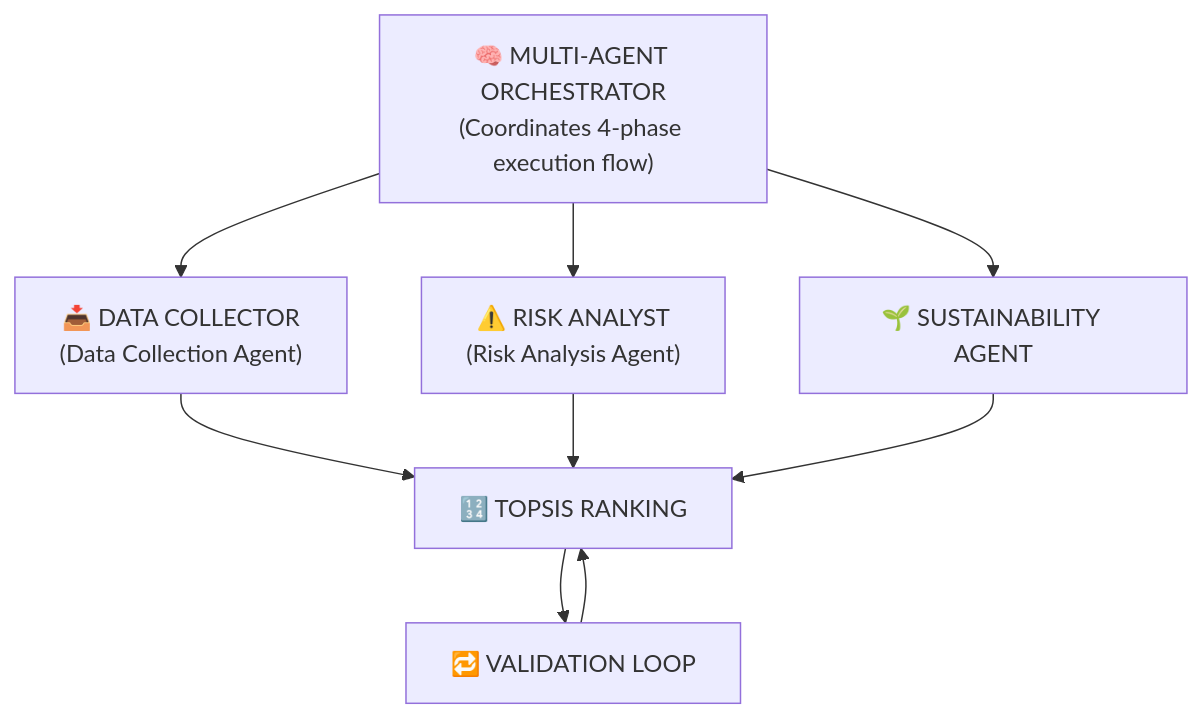
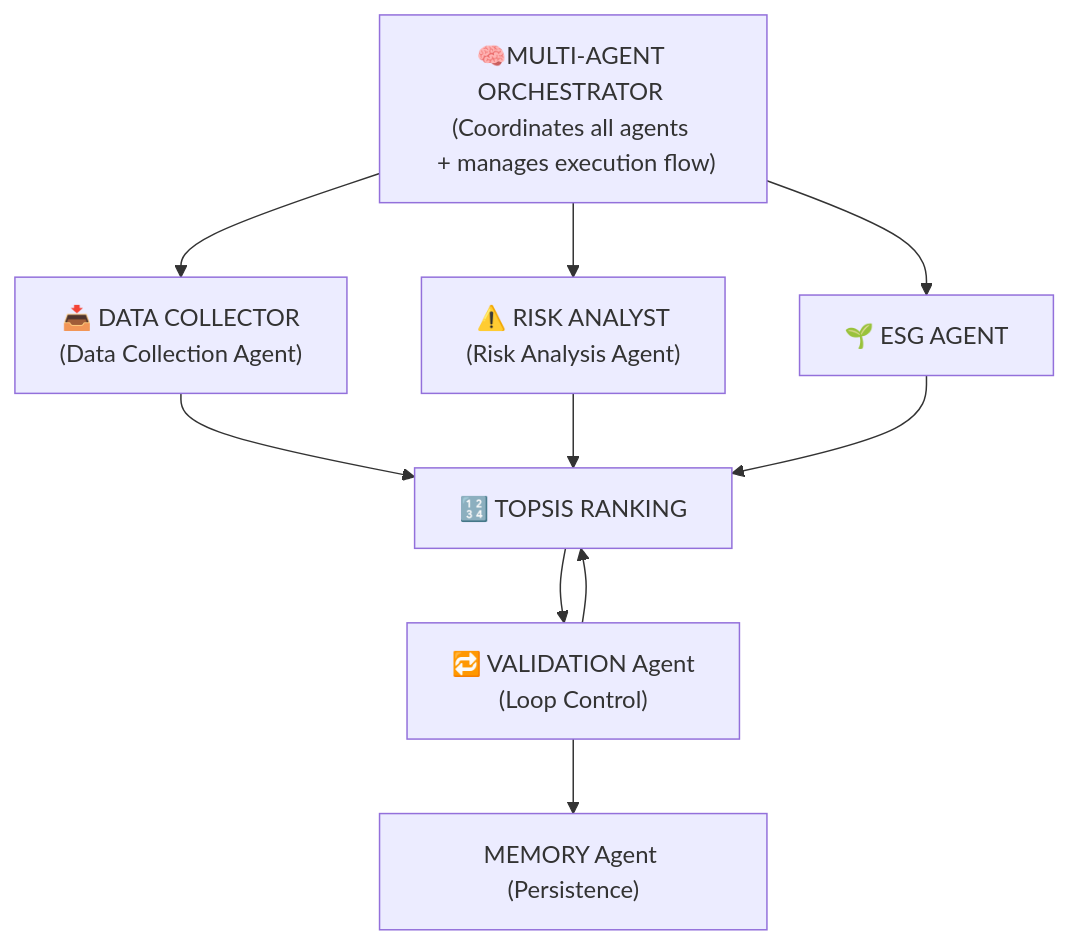
One commit to helenachiuchiu/Sustainable-Vendor-Decision-System-CogitoCore changed the diagram in README.md. Above: the diagram before and after it, drawn with Mermaid. The commit also changed other lines of this file, not shown here.

````diff
--- a/README.md
+++ b/README.md
@@ -46,28 +35,30 @@
 ```mermaid
 
 flowchart TB
 
     %% --- Top Orchestrator ---
-    ORCH["🧠 MULTI-AGENT ORCHESTRATOR<br/>(Coordinates 4-phase execution flow)"]
+    ORCH["🧠MULTI-AGENT ORCHESTRATOR <br/>(Coordinates all agents <br/> + manages execution flow)"]
 
     %% --- Agent Layer ---
     DC["📥 DATA COLLECTOR<br/>(Data Collection Agent)"]
     RISK["⚠️ RISK ANALYST<br/>(Risk Analysis Agent)"]
-    SUST["🌱 SUSTAINABILITY AGENT"]
+    SUST["🌱 ESG AGENT"]
     TOPSIS["🔢 TOPSIS RANKING"]
-    VALID["🔁 VALIDATION LOOP"]
-    
+    VALID["🔁 VALIDATION Agent<br/>(Loop Control)"]
+    MEM["MEMORY Agent (Persistence)"]
     %% --- Flow Connections ---
     ORCH --> DC
     ORCH --> RISK
     ORCH --> SUST
 
     DC --> TOPSIS
     RISK --> TOPSIS
     SUST --> TOPSIS
 
     TOPSIS --> VALID
     
     VALID --> TOPSIS
 
+    VALID --> MEM
+
 ```
````
